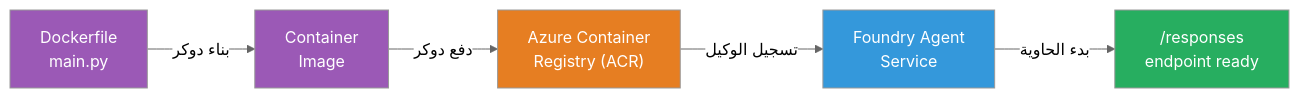
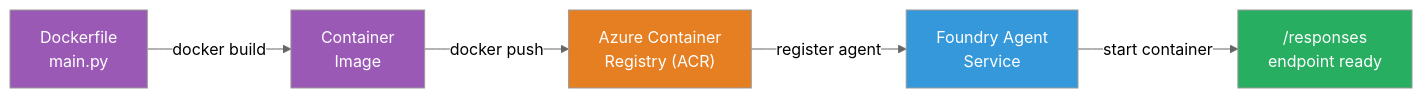
One commit to microsoft-foundry/Foundry_Toolkit_for_VSCode_Lab changed the diagram in translations/ar/workshop/lab01-single-agent/docs/05-deploy-to-foundry.md. Above: the diagram before and after it, drawn with Mermaid (neutral theme). The commit also changed other lines of this file and 74 other files, not shown here.

````diff
--- a/translations/ar/workshop/lab01-single-agent/docs/05-deploy-to-foundry.md
+++ b/translations/ar/workshop/lab01-single-agent/docs/05-deploy-to-foundry.md
@@ -11,18 +11,18 @@
 ```mermaid
 flowchart LR
     A["Dockerfile
-    main.py"] -->|بناء دوكر| B["Container
+    main.py"] -->|docker build| B["Container
     Image"]
-    B -->|دفع دوكر| C["Azure Container
+    B -->|docker push| C["Azure Container
     Registry (ACR)"]
-    C -->|تسجيل الوكيل| D["Foundry Agent
+    C -->|register agent| D["Foundry Agent
     Service"]
-    D -->|بدء الحاوية| E["/responses
+    D -->|start container| E["/responses
     endpoint ready"]
 
     style A fill:#9B59B6,color:#fff
     style B fill:#9B59B6,color:#fff
     style C fill:#E67E22,color:#fff
     style D fill:#3498DB,color:#fff
     style E fill:#27AE60,color:#fff
 ```
````
